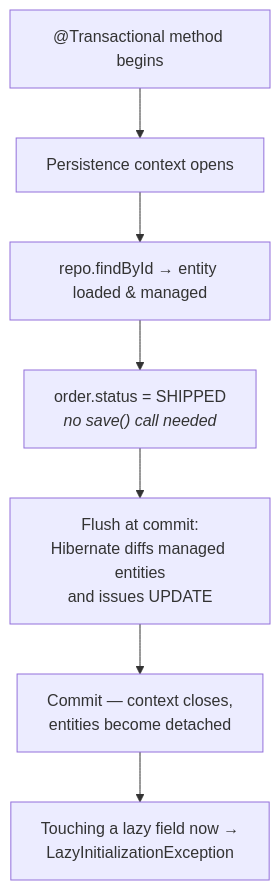
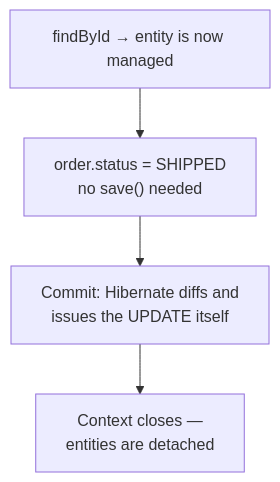
One commit to kc3222/EngineeringHandbook changed the diagram in content/track-2-backend/06-spring-boot-kotlin/05-persistence-and-transactions.md. Above: the diagram before and after it, drawn with Mermaid. The commit also changed 21 other files, not shown here.

````diff
--- a/content/track-2-backend/06-spring-boot-kotlin/05-persistence-and-transactions.md
+++ b/content/track-2-backend/06-spring-boot-kotlin/05-persistence-and-transactions.md
@@ -39,9 +39,8 @@
 ```mermaid
 flowchart TB
-  B["@Transactional method begins"] --> PC["Persistence context opens"]
-  PC --> L["repo.findById → entity loaded &amp; managed"]
-  L --> M["order.status = SHIPPED<br/><i>no save() call needed</i>"]
-  M --> F["Flush at commit:<br/>Hibernate diffs managed entities<br/>and issues UPDATE"]
-  F --> X["Commit — context closes,<br/>entities become detached"]
-  X --> LZ["Touching a lazy field now →<br/>LazyInitializationException"]
+  L["findById → entity is now managed"]
+  M["order.status = SHIPPED<br/>no save() needed"]
+  F["Commit: Hibernate diffs and<br/>issues the UPDATE itself"]
+  X["Context closes —<br/>entities are detached"]
+  L --> M --> F --> X
 ```
````
